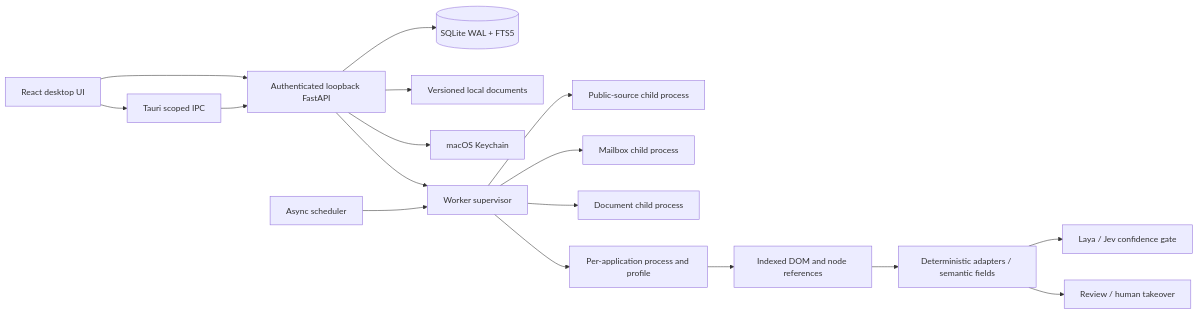
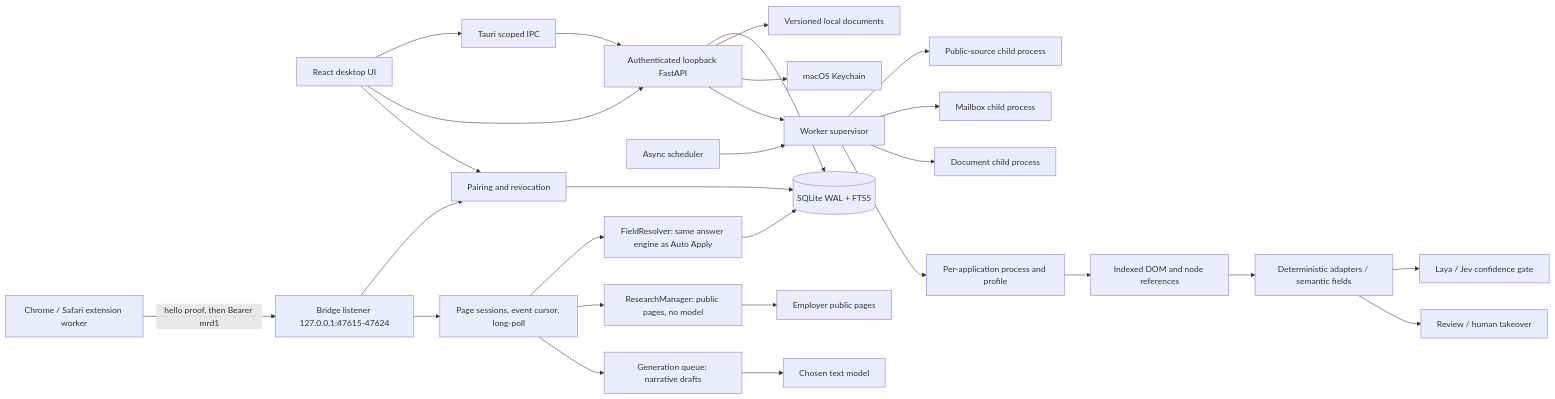
One commit to Ale-Newport/Job-search changed the diagram in ARCHITECTURE.md. Above: the diagram before and after it, drawn with Mermaid. The commit also changed other lines of this file and 10 other files, not shown here.

````diff
--- a/ARCHITECTURE.md
+++ b/ARCHITECTURE.md
@@ -9,19 +9,30 @@
 ```mermaid
 flowchart LR
   UI[React desktop UI] --> IPC[Tauri scoped IPC]
   UI --> API[Authenticated loopback FastAPI]
   IPC --> API
   API --> DB[(SQLite WAL + FTS5)]
   API --> FS[Versioned local documents]
   API --> KC[macOS Keychain]
   API --> Supervisor[Worker supervisor]
   Scheduler[Async scheduler] --> Supervisor
   Supervisor --> Discovery[Public-source child process]
   Supervisor --> Mail[Mailbox child process]
   Supervisor --> Documents[Document child process]
   Supervisor --> Browser[Per-application process and profile]
   Browser --> DOM[Indexed DOM and node references]
   DOM --> Policy[Deterministic adapters / semantic fields]
   Policy --> Decision[Laya / Jev confidence gate]
   Policy --> Human[Review / human takeover]
+  Ext[Chrome / Safari extension worker] -->|"hello proof, then Bearer mrd1"| Bridge[Bridge listener 127.0.0.1:47615-47624]
+  Bridge --> Pairing[Pairing and revocation]
+  Bridge --> Sessions[Page sessions, event cursor, long-poll]
+  Sessions --> Resolver[FieldResolver: same answer engine as Auto Apply]
+  Sessions --> Research[ResearchManager: public pages, no model]
+  Sessions --> Drafts[Generation queue: narrative drafts]
+  Resolver --> DB
+  Drafts --> TextAI[Chosen text model]
+  Research --> Net[Employer public pages]
+  Pairing --> DB
+  UI --> Pairing
 ```
````
